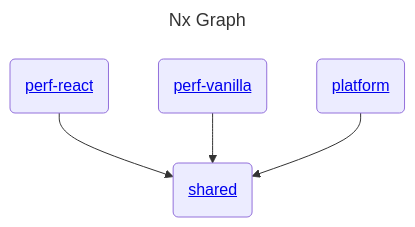
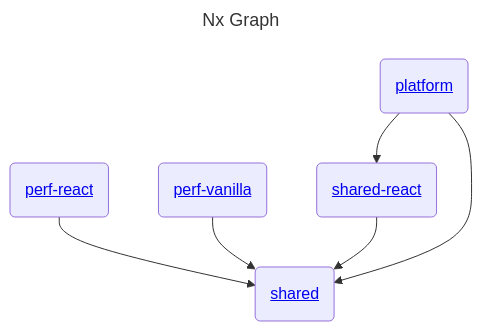
Before and after one commit to abelpz/bible-lexical-editor: the diagram in README.md, drawn with Mermaid. The commit also changed 18 other files, not shown here.

First line of the commit message:
Move shared plugins to `shared-react`

````diff
--- a/README.md
+++ b/README.md
@@ -31,9 +31,11 @@
 ```mermaid
 ---
 title: Nx Graph
 ---
 graph TB
   R(<a href='/abelpz/bible-lexical-editor/tree/main/packages/perf-react'>perf-react</a>) --> S(<a href='/abelpz/bible-lexical-editor/tree/main/packages/shared'>shared</a>)
   V(<a href='/abelpz/bible-lexical-editor/tree/main/packages/perf-vanilla'>perf-vanilla</a>) --> S
-  P(<a href='/abelpz/bible-lexical-editor/tree/main/packages/platform'>platform</a>) --> S
+  P(<a href='/abelpz/bible-lexical-editor/tree/main/packages/platform'>platform</a>) --> SR
+  SR(<a href='/abelpz/bible-lexical-editor/tree/main/packages/shared-react'>shared-react</a>) --> S
+  P --> S
 ```
````
